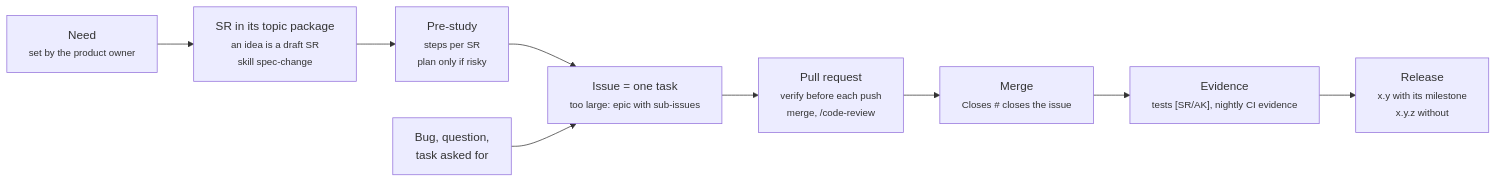
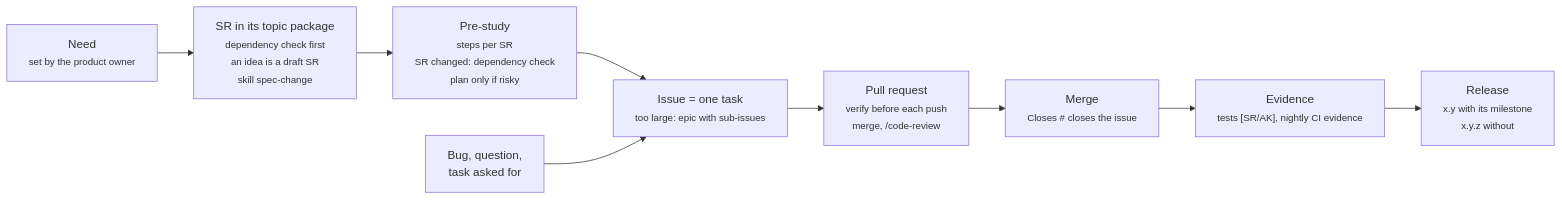
Before and after one commit to ThomasBirkmaier/ReqSeq: the diagram in docs/process.md, drawn with Mermaid. The commit also changed other lines of this file and 3 other files, not shown here.

First line of the commit message:
RE first: start every spec change with a dependency check (#1351)

````diff
--- a/docs/process.md
+++ b/docs/process.md
@@ -5,16 +5,16 @@
 ```mermaid
 flowchart LR
   need["Need<br/><small>set by the product owner</small>"]
-  sr["SR in its topic package<br/><small>an idea is a draft SR<br/>skill spec-change</small>"]
-  study["Pre-study<br/><small>steps per SR<br/>plan only if risky</small>"]
+  sr["SR in its topic package<br/><small>dependency check first<br/>an idea is a draft SR<br/>skill spec-change</small>"]
+  study["Pre-study<br/><small>steps per SR<br/>SR changed: dependency check<br/>plan only if risky</small>"]
   entry["Bug, question,<br/>task asked for"]
   issue["Issue = one task<br/><small>too large: epic with sub-issues</small>"]
   pr["Pull request<br/><small>verify before each push<br/>merge, /code-review</small>"]
   merged["Merge<br/><small>Closes # closes the issue</small>"]
   evidence["Evidence<br/><small>tests [SR/AK], nightly CI evidence</small>"]
   release["Release<br/><small>x.y with its milestone<br/>x.y.z without</small>"]
 
   need --> sr --> study --> issue
   entry --> issue
   issue --> pr --> merged --> evidence --> release
 ```
````
